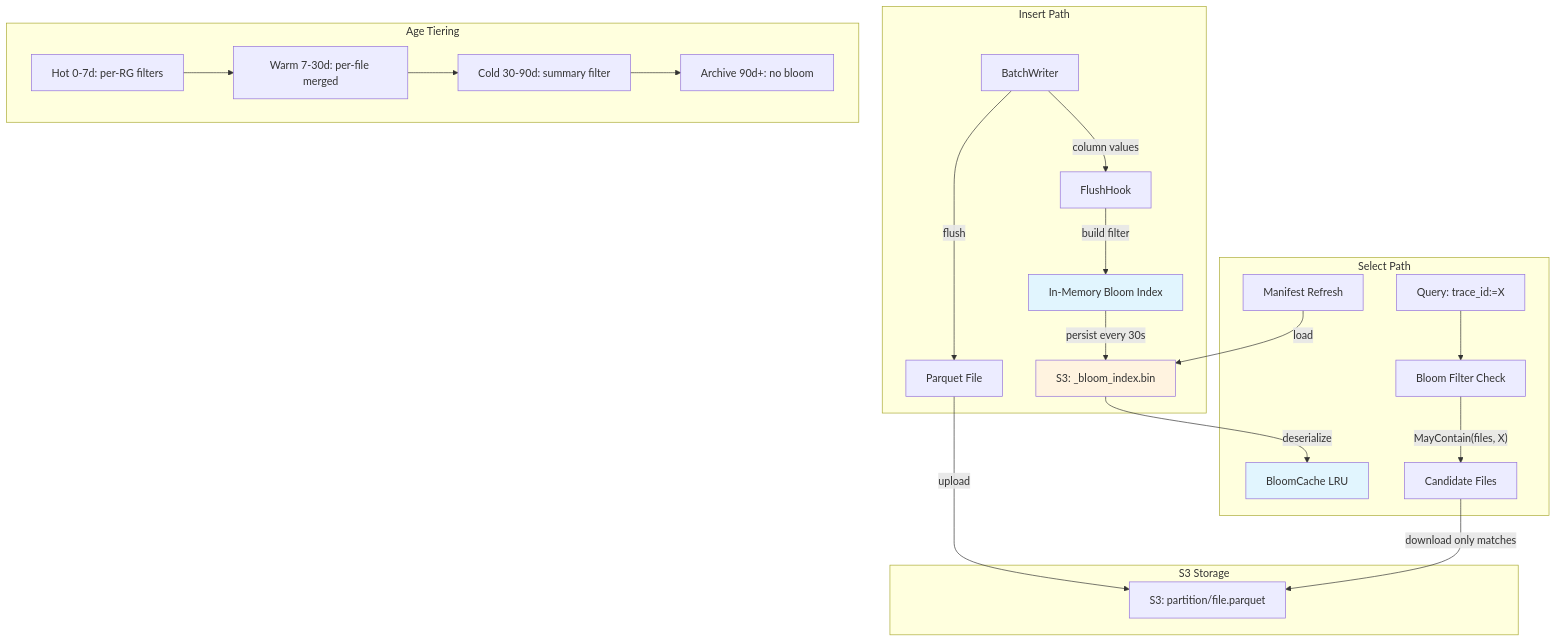
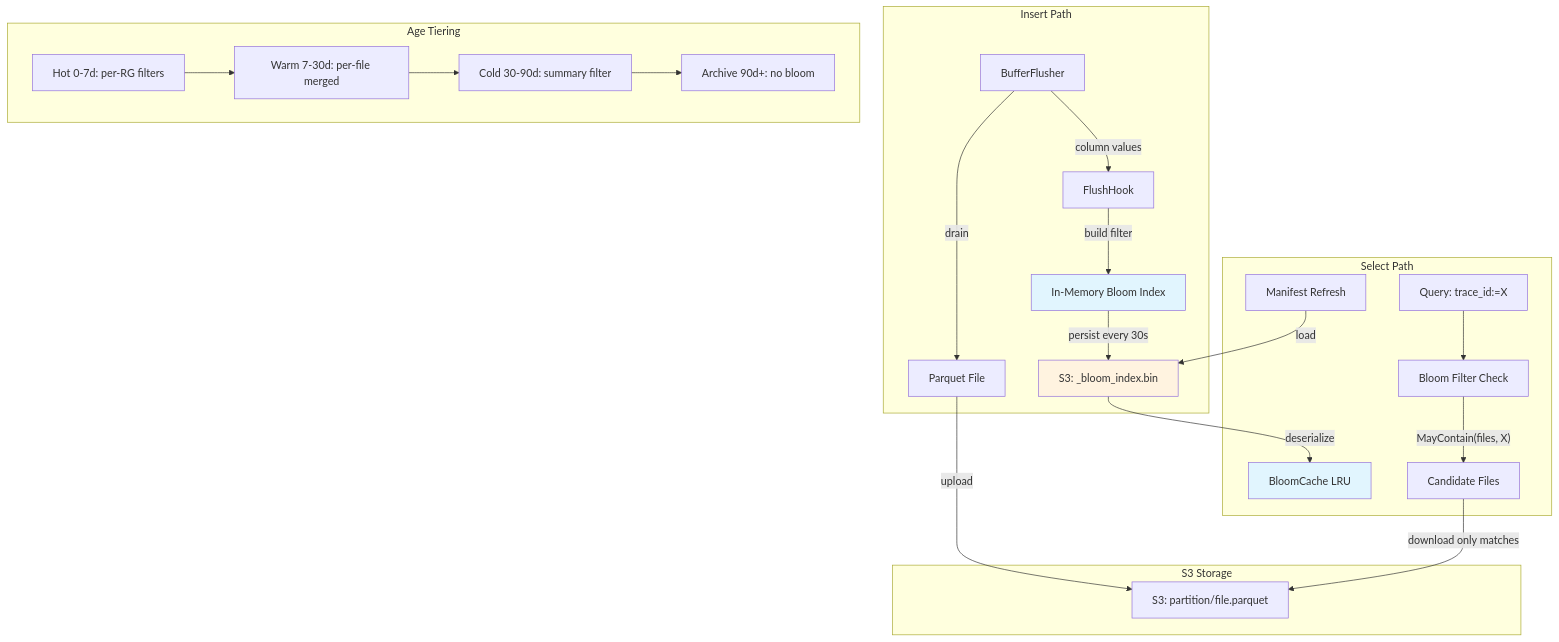
The first of 2 diagrams in docs/bloom-index.md (ReliablyObserve/victoria-lakehouse), drawn with Mermaid before and after one commit. The commit also changed 34 other files, not shown here.

````diff
--- a/docs/bloom-index.md
+++ b/docs/bloom-index.md
@@ -15,34 +15,34 @@
 ```mermaid
 flowchart TB
     subgraph Insert Path
-        W[BatchWriter] -->|flush| PQ[Parquet File]
+        W[BufferFlusher] -->|drain| PQ[Parquet File]
         W -->|column values| BH[FlushHook]
         BH -->|build filter| BI[In-Memory Bloom Index]
         BI -->|persist every 30s| S3B[S3: _bloom_index.bin]
     end
 
     subgraph S3 Storage
         PQ -->|upload| S3F[S3: partition/file.parquet]
         S3B
     end
 
     subgraph Select Path
         MR[Manifest Refresh] -->|load| S3B
         S3B -->|deserialize| BI2[BloomCache LRU]
         Q["Query: trace_id:=X"] --> BF[Bloom Filter Check]
         BF -->|"MayContain(files, X)"| CF[Candidate Files]
         CF -->|download only matches| S3F
     end
 
     subgraph Age Tiering
         HOT[Hot 0-7d: per-RG filters]
         WARM[Warm 7-30d: per-file merged]
         COLD[Cold 30-90d: summary filter]
         ARCHIVE[Archive 90d+: no bloom]
         HOT --> WARM --> COLD --> ARCHIVE
     end
 
     style BI fill:#e1f5fe
     style BI2 fill:#e1f5fe
     style S3B fill:#fff3e0
 ```
````
